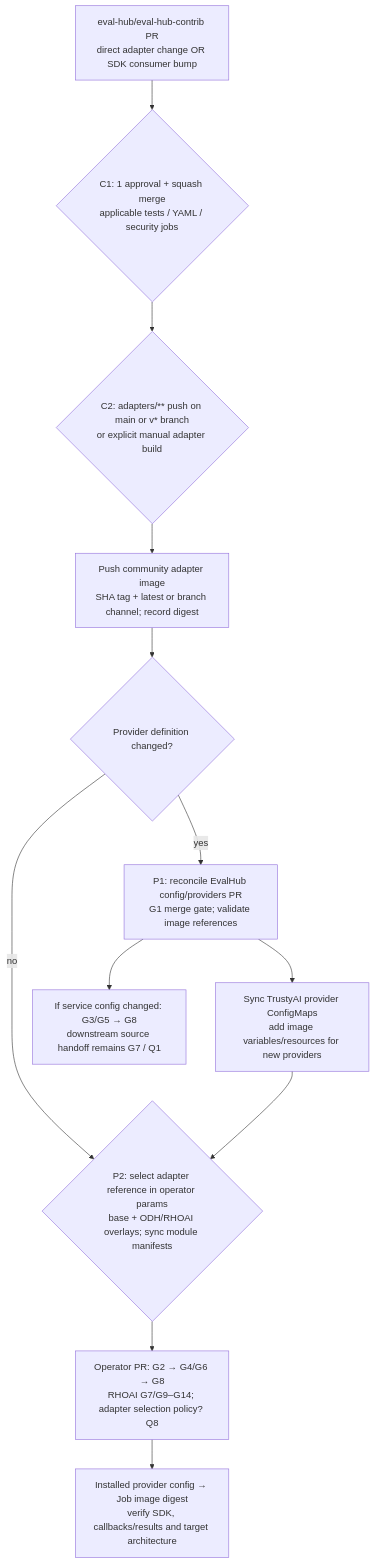
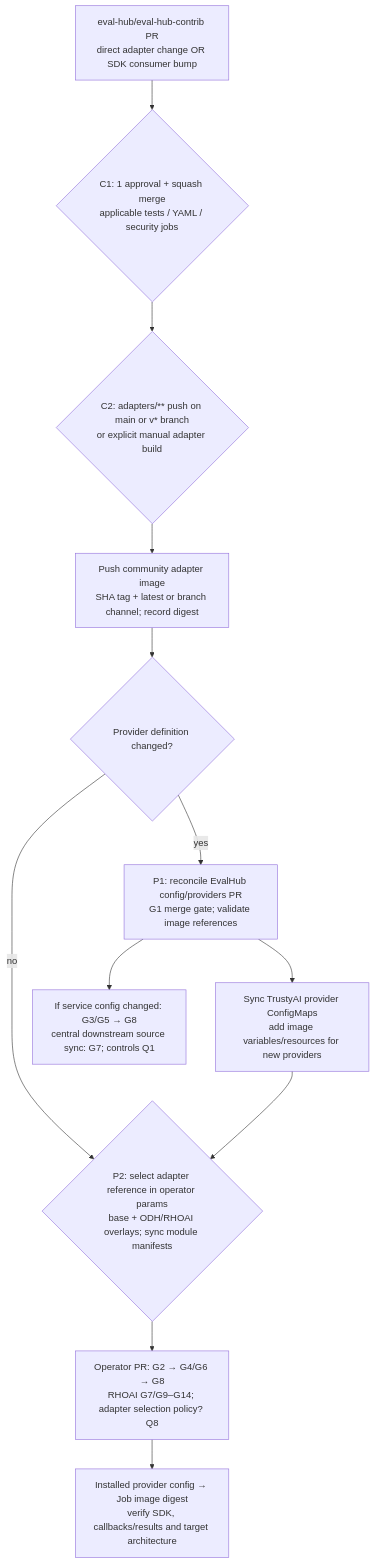
One commit to julpayne/docs changed the fifth of 5 diagrams in EvalHub/pr-to-installer-build-flow.md. Above: the diagram before and after it, drawn with Mermaid. The commit also changed other lines of this file and 3 other files, not shown here.

Commit message:
docs(evalhub): establish central downstream source sync and narrow Q1

````diff
--- a/EvalHub/pr-to-installer-build-flow.md
+++ b/EvalHub/pr-to-installer-build-flow.md
@@ -123,14 +135,14 @@
 ```mermaid
 flowchart TB
   CPR["eval-hub/eval-hub-contrib PR<br/>direct adapter change OR SDK consumer bump"] --> C1{"C1: 1 approval + squash merge<br/>applicable tests / YAML / security jobs"}
   C1 --> C2{"C2: adapters/** push on main or v* branch<br/>or explicit manual adapter build"}
   C2 --> IMAGE["Push community adapter image<br/>SHA tag + latest or branch channel; record digest"]
   IMAGE --> CHANGE{"Provider definition changed?"}
   CHANGE -->|yes| P1["P1: reconcile EvalHub config/providers PR<br/>G1 merge gate; validate image references"]
   P1 --> CM["Sync TrustyAI provider ConfigMaps<br/>add image variables/resources for new providers"]
   CHANGE -->|no| P2
   CM --> P2{"P2: select adapter reference in operator params<br/>base + ODH/RHOAI overlays; sync module manifests"}
-  P1 --> SERVICE["If service config changed: G3/G5 → G8<br/>downstream source handoff remains G7 / Q1"]
+  P1 --> SERVICE["If service config changed: G3/G5 → G8<br/>central downstream source sync: G7; controls Q1"]
   P2 --> OPERATOR["Operator PR: G2 → G4/G6 → G8<br/>RHOAI G7/G9–G14; adapter selection policy? Q8"]
   OPERATOR --> VERIFY["Installed provider config → Job image digest<br/>verify SDK, callbacks/results and target architecture"]
 ```
````
